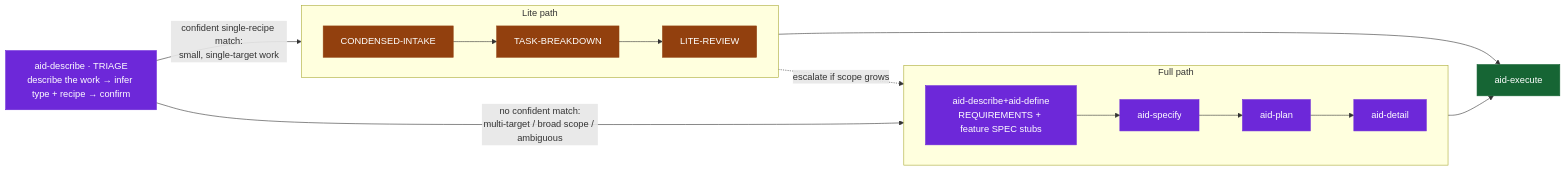
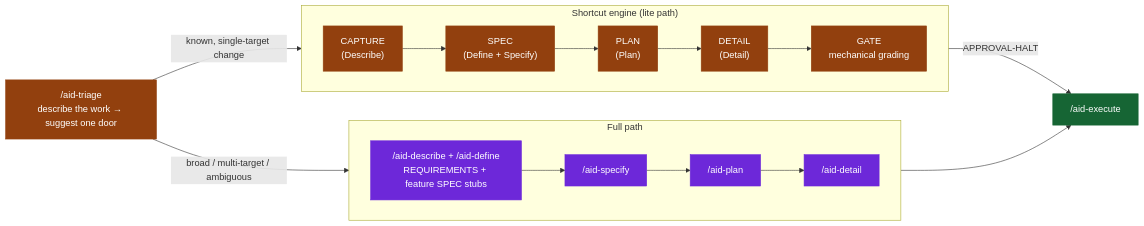
One commit to AndreVianna/aid-methodology changed the fourth of 7 diagrams in docs/aid-methodology.md. Above: the diagram before and after it, drawn with Mermaid. The commit also changed other lines of this file and 37 other files, not shown here.

````diff
--- a/docs/aid-methodology.md
+++ b/docs/aid-methodology.md
@@ -449,29 +533,30 @@
 ```mermaid
 flowchart LR
     classDef def   fill:#6D28D9,stroke:#6D28D9,color:#ffffff
     classDef exe   fill:#166534,stroke:#166534,color:#ffffff
     classDef lite  fill:#92400E,stroke:#92400E,color:#ffffff
 
-    Triage["aid-describe · TRIAGE<br/>describe the work → infer type + recipe → confirm"]:::def
+    Tr["/aid-triage<br/>describe the work → suggest one door"]:::lite
 
     subgraph FullPath[" Full path "]
         direction LR
-        F1["aid-describe+aid-define<br/>REQUIREMENTS + feature SPEC stubs"]:::def
-        F2["aid-specify"]:::def
-        F3["aid-plan"]:::def
-        F4["aid-detail"]:::def
+        F1["/aid-describe + /aid-define<br/>REQUIREMENTS + feature SPEC stubs"]:::def
+        F2["/aid-specify"]:::def
+        F3["/aid-plan"]:::def
+        F4["/aid-detail"]:::def
     end
-    subgraph LitePath[" Lite path "]
+    subgraph ShortcutPath[" Shortcut engine (lite path) "]
         direction LR
-        L1["CONDENSED-INTAKE"]:::lite
-        L2["TASK-BREAKDOWN"]:::lite
-        L3["LITE-REVIEW"]:::lite
+        L1["CAPTURE<br/>(Describe)"]:::lite
+        L2["SPEC<br/>(Define + Specify)"]:::lite
+        L3["PLAN<br/>(Plan)"]:::lite
+        L4["DETAIL<br/>(Detail)"]:::lite
+        L5["GATE<br/>mechanical grading"]:::lite
     end
-    Exec["aid-execute"]:::exe
+    Exec["/aid-execute"]:::exe
 
-    Triage -- "no confident match:<br/>multi-target / broad scope / ambiguous" --> F1
+    Tr -- "broad / multi-target / ambiguous" --> F1
     F1 --> F2 --> F3 --> F4 --> Exec
-    Triage -- "confident single-recipe match:<br/>small, single-target work" --> L1
-    L1 --> L2 --> L3 --> Exec
-    L3 -. "escalate if scope grows" .-> F1
+    Tr -- "known, single-target change" --> L1
+    L1 --> L2 --> L3 --> L4 --> L5 -- "APPROVAL-HALT" --> Exec
 ```
````
